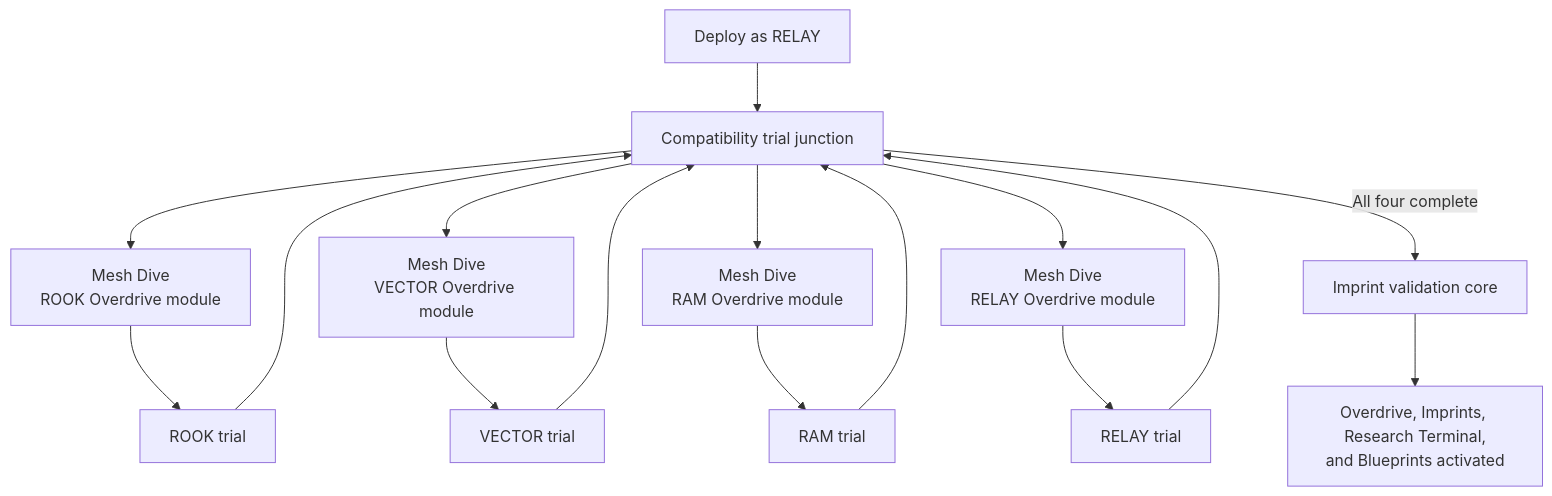
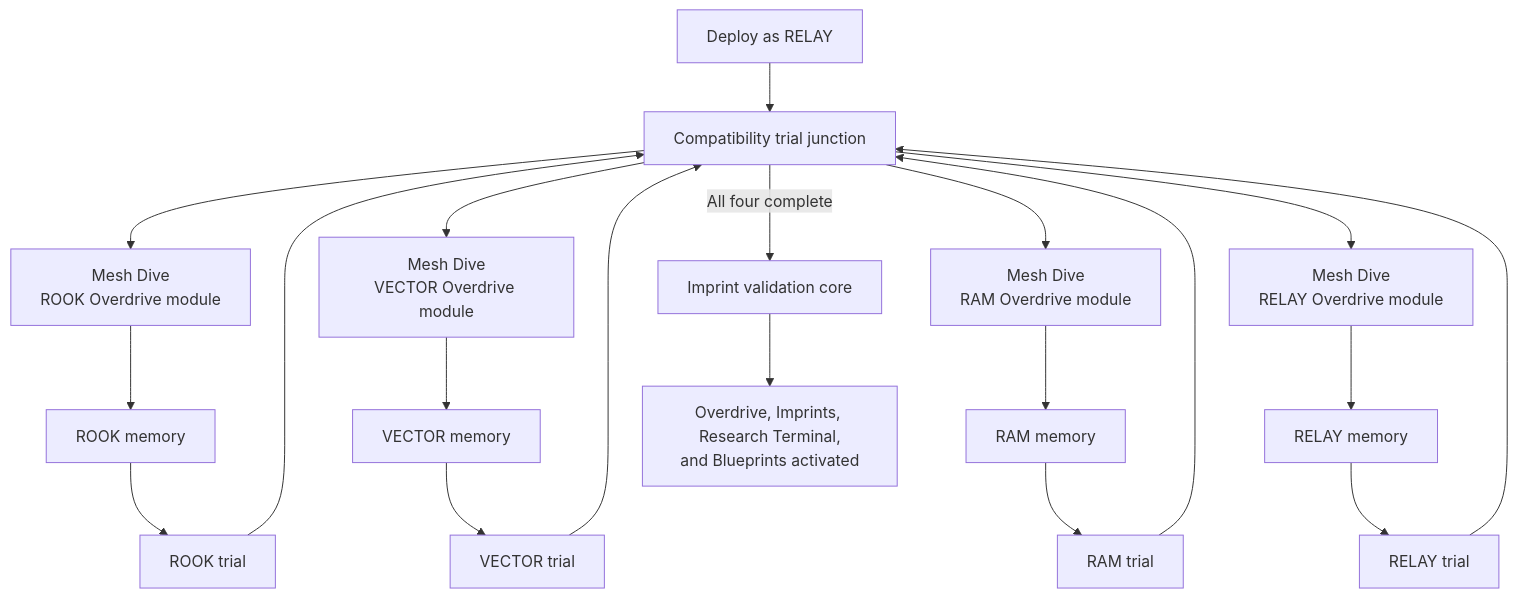
One commit to justgook/imprint-zero changed the diagram in missions/m05.md. Above: the diagram before and after it, drawn with Mermaid. The commit also changed other lines of this file and 34 other files, not shown here.

````diff
--- a/missions/m05.md
+++ b/missions/m05.md
@@ -18,18 +18,18 @@
 ```mermaid
 flowchart TD
     Entry[Deploy as RELAY] --> Hub[Compatibility trial junction]
     Hub --> RookAccess[Mesh Dive<br/>ROOK Overdrive module]
     Hub --> VectorAccess[Mesh Dive<br/>VECTOR Overdrive module]
     Hub --> RamAccess[Mesh Dive<br/>RAM Overdrive module]
     Hub --> RelayAccess[Mesh Dive<br/>RELAY Overdrive module]
-    RookAccess --> Rook[ROOK trial]
-    VectorAccess --> Vector[VECTOR trial]
-    RamAccess --> Ram[RAM trial]
-    RelayAccess --> Relay[RELAY trial]
+    RookAccess --> RookMemory[ROOK memory] --> Rook[ROOK trial]
+    VectorAccess --> VectorMemory[VECTOR memory] --> Vector[VECTOR trial]
+    RamAccess --> RamMemory[RAM memory] --> Ram[RAM trial]
+    RelayAccess --> RelayMemory[RELAY memory] --> Relay[RELAY trial]
     Rook --> Hub
     Vector --> Hub
     Ram --> Hub
     Relay --> Hub
     Hub -->|All four complete| Core[Imprint validation core]
     Core --> Unlock[Overdrive, Imprints, Research Terminal,<br/>and Blueprints activated]
 ```
````
